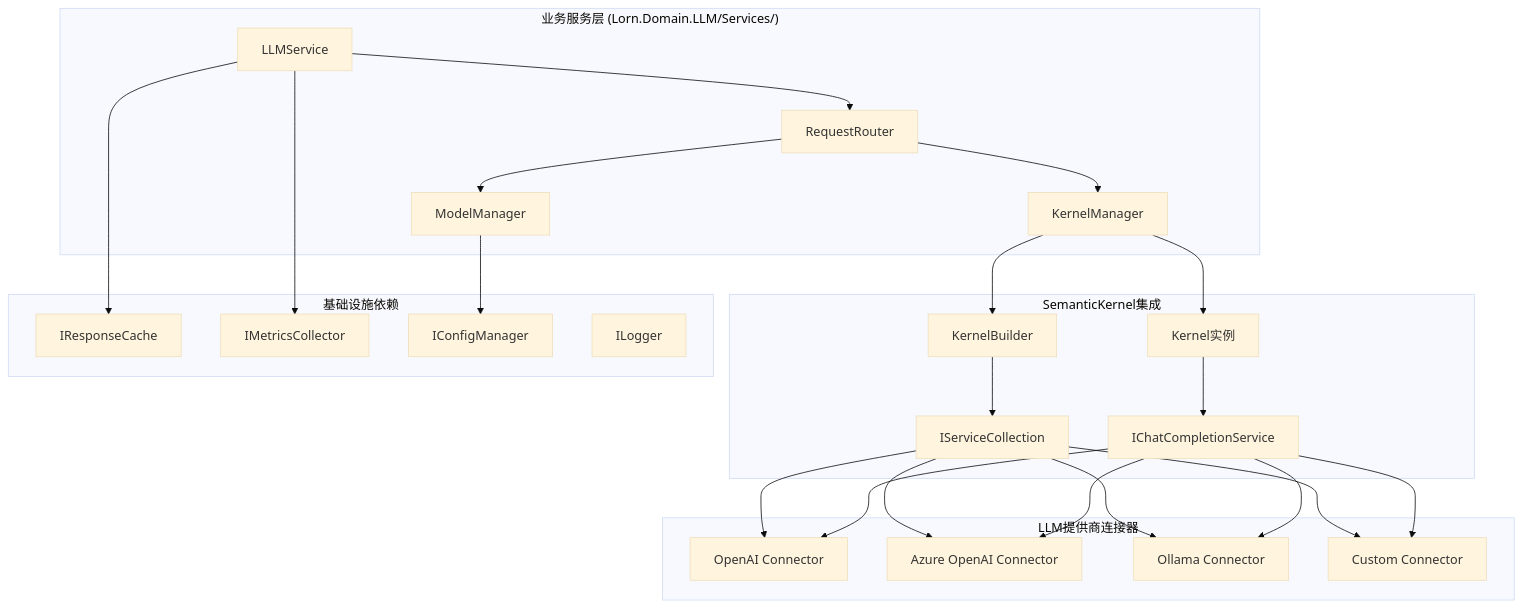
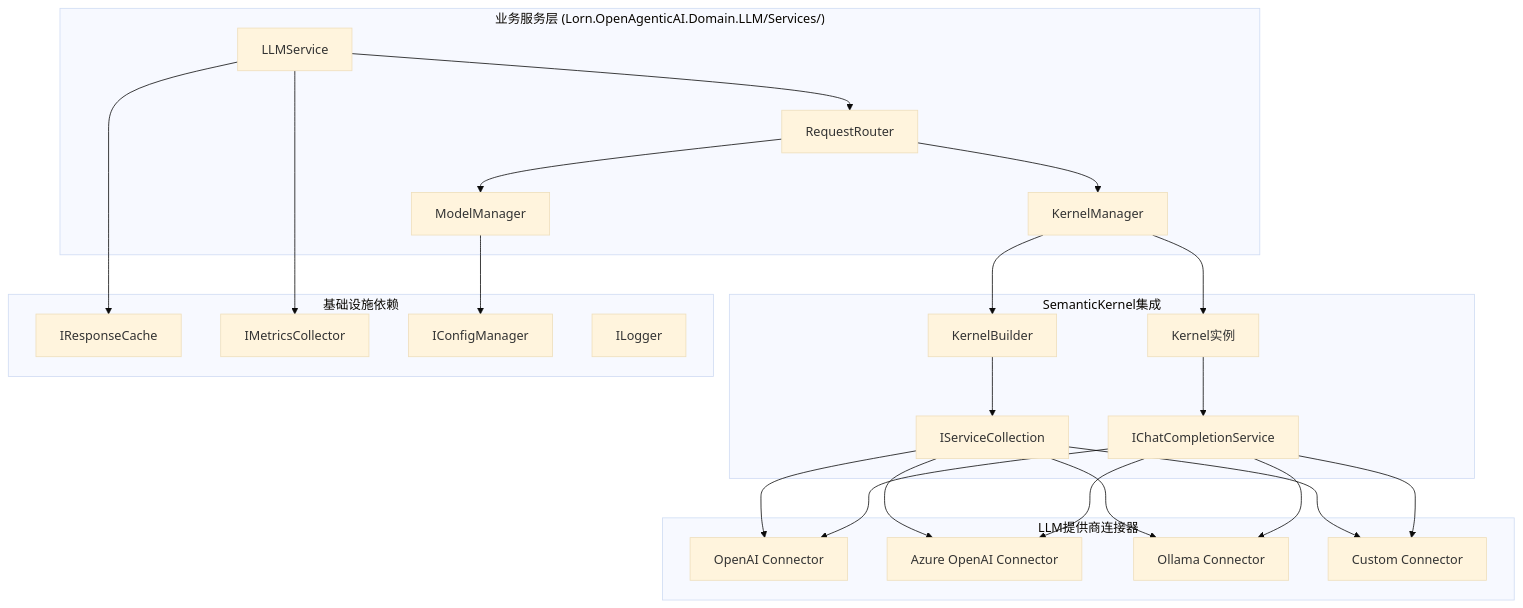
One commit to lornshrimp/Lorn.OpenAgenticAI changed the sixth of 19 diagrams in docs_TecDesign/LLMAdapterDesign.md. Above: the diagram before and after it, drawn with Mermaid (base theme). The commit also changed other lines of this file and 87 other files, not shown here.

````diff
--- a/docs_TecDesign/LLMAdapterDesign.md
+++ b/docs_TecDesign/LLMAdapterDesign.md
@@ -381,54 +381,54 @@
 ```mermaid
 graph TD
-    subgraph "业务服务层 (Lorn.Domain.LLM/Services/)"
+    subgraph "业务服务层 (Lorn.OpenAgenticAI.Domain.LLM/Services/)"
         LLMService[LLMService]
         RequestRouter[RequestRouter]
         ModelManager[ModelManager]
         KernelManager[KernelManager]
     end
     
     subgraph "SemanticKernel集成"
         Kernel[Kernel实例]
         ChatService[IChatCompletionService]
         KernelBuilder[KernelBuilder]
         ServiceCollection[IServiceCollection]
     end
     
     subgraph "基础设施依赖"
         ResponseCache[IResponseCache]
         MetricsCollector[IMetricsCollector]
         ConfigManager[IConfigManager]
         Logger[ILogger]
     end
     
     subgraph "LLM提供商连接器"
         OpenAIConnector[OpenAI Connector]
         AzureConnector[Azure OpenAI Connector]
         OllamaConnector[Ollama Connector]
         CustomConnector[Custom Connector]
     end
     
     LLMService --> RequestRouter
     LLMService --> ResponseCache
     LLMService --> MetricsCollector
     
     RequestRouter --> ModelManager
     RequestRouter --> KernelManager
     
     ModelManager --> ConfigManager
     
     KernelManager --> KernelBuilder
     KernelManager --> Kernel
     
     KernelBuilder --> ServiceCollection
     ServiceCollection --> OpenAIConnector
     ServiceCollection --> AzureConnector
     ServiceCollection --> OllamaConnector
     ServiceCollection --> CustomConnector
     
     Kernel --> ChatService
     ChatService --> OpenAIConnector
     ChatService --> AzureConnector
     ChatService --> OllamaConnector
     ChatService --> CustomConnector
 ```
````
